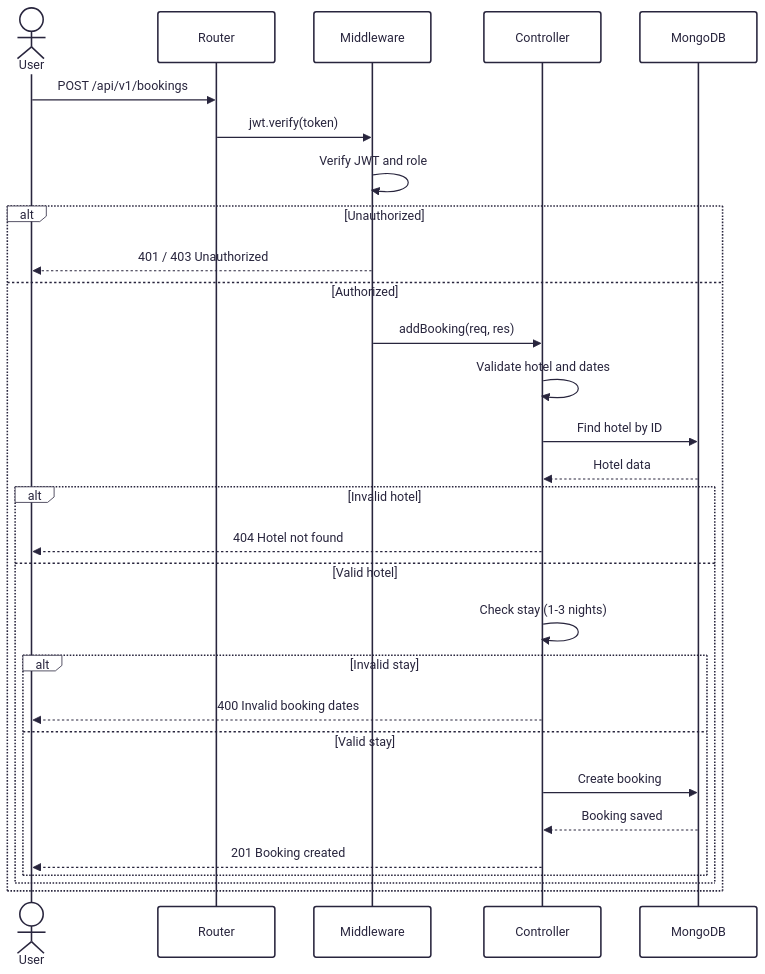
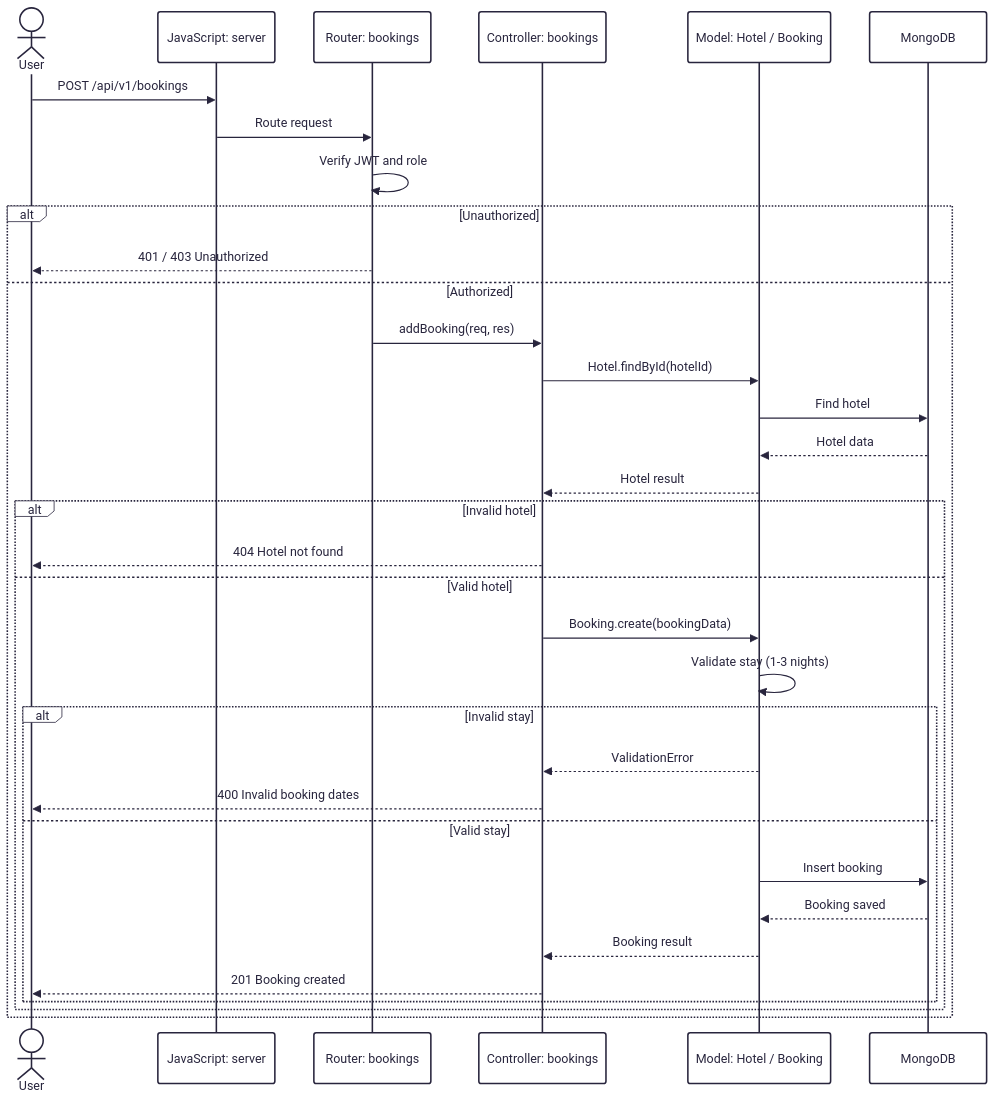
The diagram in docs/diagrams/sequence-booking.mmd (saharat-ko/hotel-booking), drawn with Mermaid before and after one commit. The commit also changed 1 other file, not shown here.

Commit message:
update sequence diagrams

```diff
--- a/docs/diagrams/sequence-booking.mmd
+++ b/docs/diagrams/sequence-booking.mmd
@@ -1,38 +1,42 @@
 ---
 config:
   theme: redux
 ---
 sequenceDiagram
-
     actor User
-    participant Router
-    participant Middleware
-    participant Controller
+    participant Server as JavaScript: server
+    participant Router as Router: bookings
+    participant Controller as Controller: bookings
+    participant Model as Model: Hotel / Booking
     participant DB as MongoDB
 
-    User->>Router: POST /api/v1/bookings
-    Router->>Middleware: jwt.verify(token)
-    Middleware->>Middleware: Verify JWT and role
+    User->>Server: POST /api/v1/bookings
+    Server->>Router: Route request
+    Router->>Router: Verify JWT and role
 
     alt Unauthorized
-        Middleware-->>User: 401 / 403 Unauthorized
+        Router-->>User: 401 / 403 Unauthorized
     else Authorized
-        Middleware->>Controller: addBooking(req, res)
-        Controller->>Controller: Validate hotel and dates
-        Controller->>DB: Find hotel by ID
-        DB-->>Controller: Hotel data
+        Router->>Controller: addBooking(req, res)
+        Controller->>Model: Hotel.findById(hotelId)
+        Model->>DB: Find hotel
+        DB-->>Model: Hotel data
+        Model-->>Controller: Hotel result
 
         alt Invalid hotel
             Controller-->>User: 404 Hotel not found
         else Valid hotel
-            Controller->>Controller: Check stay (1-3 nights)
+            Controller->>Model: Booking.create(bookingData)
+            Model->>Model: Validate stay (1-3 nights)
 
             alt Invalid stay
+                Model-->>Controller: ValidationError
                 Controller-->>User: 400 Invalid booking dates
             else Valid stay
-                Controller->>DB: Create booking
-                DB-->>Controller: Booking saved
+                Model->>DB: Insert booking
+                DB-->>Model: Booking saved
+                Model-->>Controller: Booking result
                 Controller-->>User: 201 Booking created
             end
         end
     end
```
